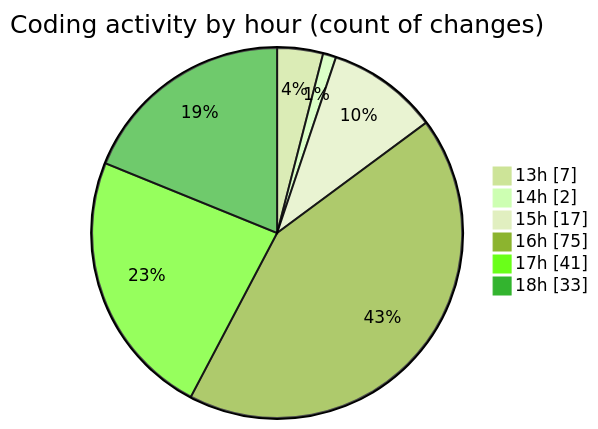
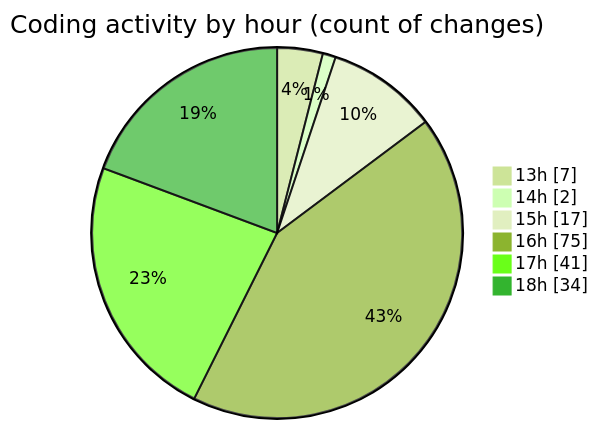
Before and after one commit to charlie-sans/code-tracking: the second of 2 diagrams in 2025-02-24/micros/README.md, drawn with Mermaid (forest theme). The commit also changed other lines of this file and 1 other file, not shown here.

````diff
--- a/2025-02-24/micros/README.md
+++ b/2025-02-24/micros/README.md
@@ -50,10 +50,10 @@
 ```mermaid
 pie showData
 title Coding activity by hour (count of changes)
 "13h" : 7
 "14h" : 2
 "15h" : 17
 "16h" : 75
 "17h" : 41
-"18h" : 33
+"18h" : 34
 ```
````
